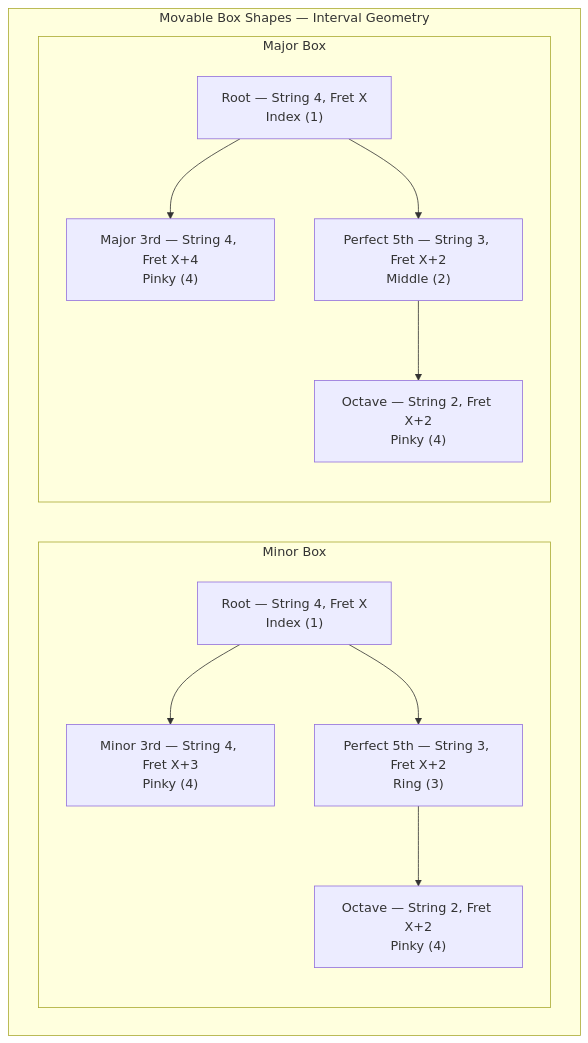
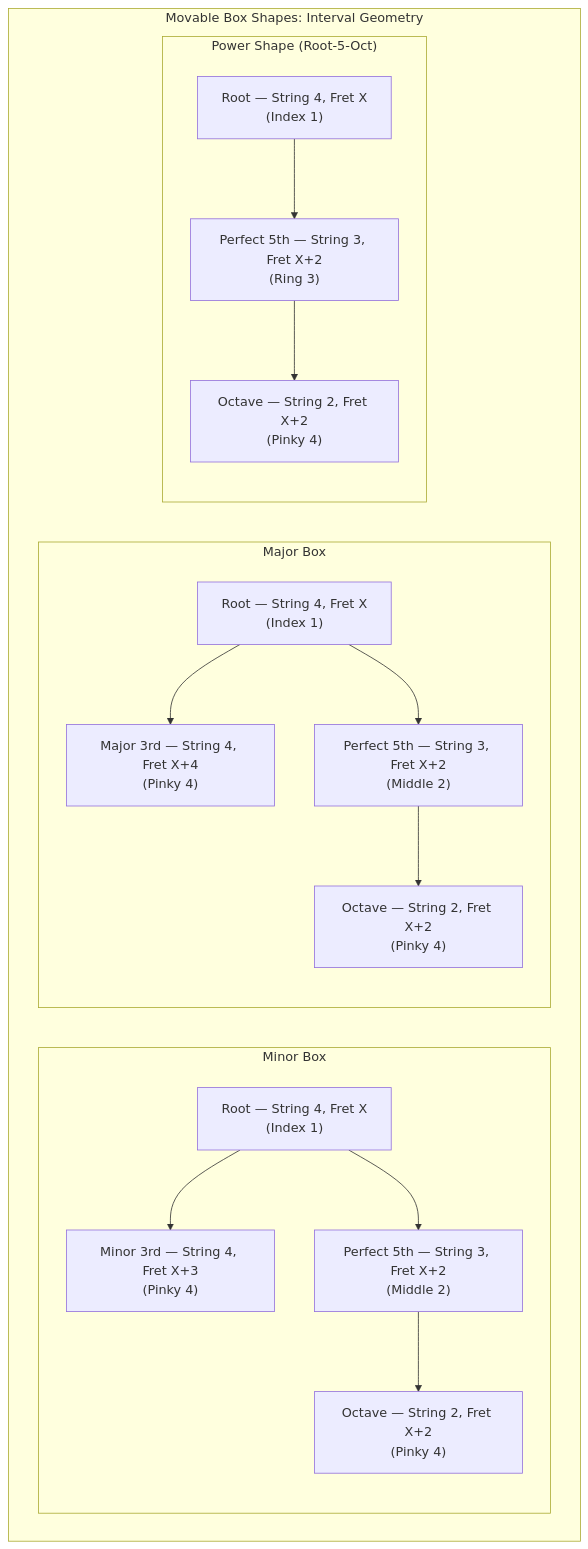
Before and after one commit to blebleblee/synapse: the fifth of 6 diagrams in topics/arts/music_performance/bass_guitar/lesson_01_technique_and_fretboard_mechanics.md, drawn with Mermaid. The commit also changed other lines of this file and 4 other files, not shown here.

````diff
--- a/topics/arts/music_performance/bass_guitar/lesson_01_technique_and_fretboard_mechanics.md
+++ b/topics/arts/music_performance/bass_guitar/lesson_01_technique_and_fretboard_mechanics.md
@@ -321,23 +377,30 @@
 ```mermaid
 graph TD
-    subgraph sub_boxes ["Movable Box Shapes — Interval Geometry"]
+    subgraph sub_boxes ["Movable Box Shapes: Interval Geometry"]
         subgraph sub_minor ["Minor Box"]
-            MR["Root — String 4, Fret X\nIndex (1)"]
-            Mm3["Minor 3rd — String 4, Fret X+3\nPinky (4)"]
-            MP5["Perfect 5th — String 3, Fret X+2\nRing (3)"]
-            MOct["Octave — String 2, Fret X+2\nPinky (4)"]
+            MR["Root — String 4, Fret X\n(Index 1)"]
+            Mm3["Minor 3rd — String 4, Fret X+3\n(Pinky 4)"]
+            MP5["Perfect 5th — String 3, Fret X+2\n(Middle 2)"]
+            MOct["Octave — String 2, Fret X+2\n(Pinky 4)"]
             MR --> Mm3
             MR --> MP5
             MP5 --> MOct
         end
         subgraph sub_major ["Major Box"]
-            AR["Root — String 4, Fret X\nIndex (1)"]
-            AM3["Major 3rd — String 4, Fret X+4\nPinky (4)"]
-            AP5["Perfect 5th — String 3, Fret X+2\nMiddle (2)"]
-            AOct["Octave — String 2, Fret X+2\nPinky (4)"]
+            AR["Root — String 4, Fret X\n(Index 1)"]
+            AM3["Major 3rd — String 4, Fret X+4\n(Pinky 4)"]
+            AP5["Perfect 5th — String 3, Fret X+2\n(Middle 2)"]
+            AOct["Octave — String 2, Fret X+2\n(Pinky 4)"]
             AR --> AM3
             AR --> AP5
             AP5 --> AOct
         end
+        subgraph sub_power ["Power Shape (Root-5-Oct)"]
+            PR["Root — String 4, Fret X\n(Index 1)"]
+            PP5["Perfect 5th — String 3, Fret X+2\n(Ring 3)"]
+            POct["Octave — String 2, Fret X+2\n(Pinky 4)"]
+            PR --> PP5
+            PP5 --> POct
+        end
     end
 ```
````
